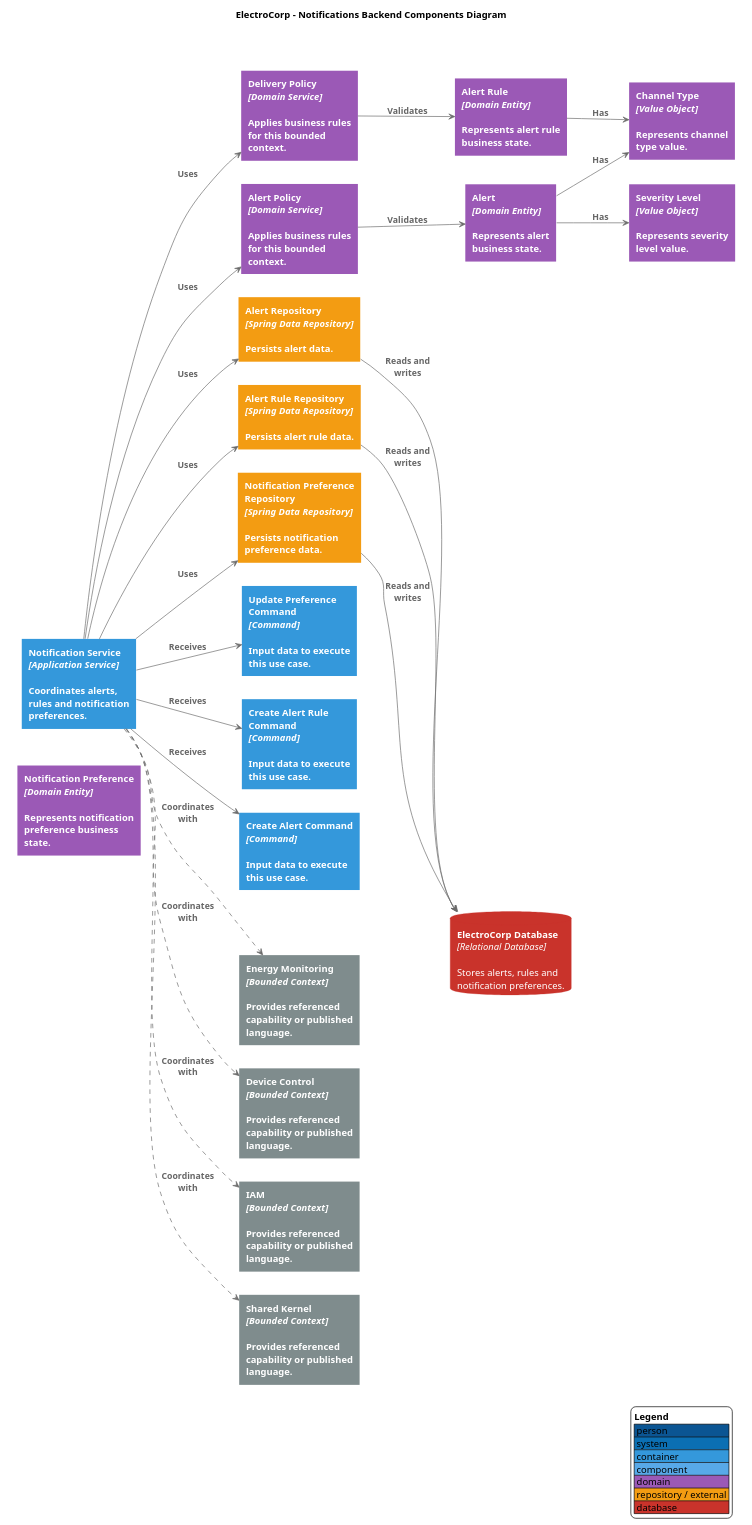
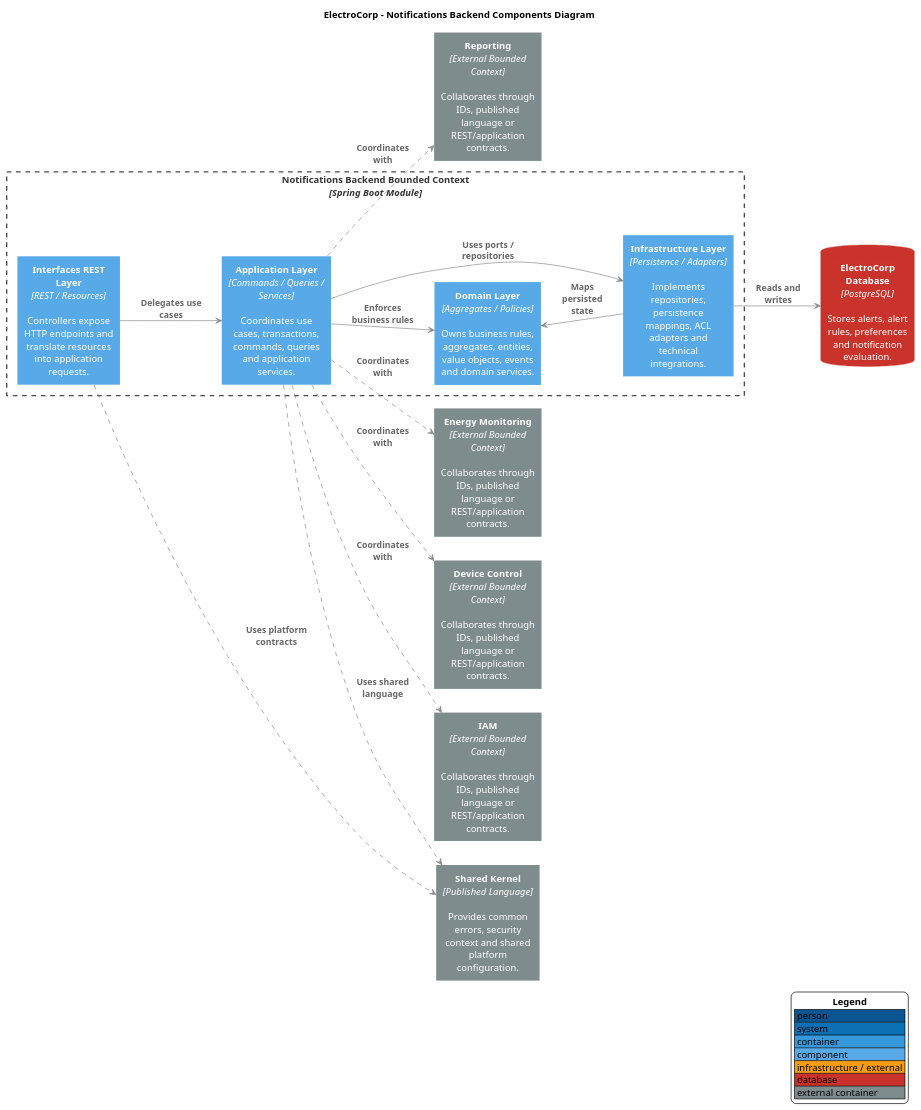
One commit to upc-pre-202610-1asi0729-11896-ecorp/electrocorp-report changed the diagram in docs/diagrams/components/backend/bounded-contexts/notifications-backend-components.puml. Above: the diagram before and after it, drawn with PlantUML. The commit also changed 29 other files, not shown here.

Commit message:
docs(c4): reorganize component diagrams by context and layers

```diff
--- a/docs/diagrams/components/backend/bounded-contexts/notifications-backend-components.puml
+++ b/docs/diagrams/components/backend/bounded-contexts/notifications-backend-components.puml
@@ -1,79 +1,77 @@
 @startuml
 skinparam backgroundColor #FFFFFF
 skinparam shadowing false
 skinparam defaultFontName Arial
-skinparam wrapWidth 170
-skinparam maxMessageSize 90
-skinparam ArrowColor #6B6B6B
+skinparam defaultTextAlignment center
+skinparam wrapWidth 145
+skinparam maxMessageSize 95
+skinparam ArrowColor #8A8A8A
 skinparam ArrowFontColor #666666
 skinparam ArrowFontStyle bold
+skinparam ArrowThickness 1
 skinparam rectangleRoundCorner 0
 skinparam rectangleBorderThickness 0
 skinparam rectangleFontColor #FFFFFF
-skinparam rectangleFontStyle bold
-skinparam packageStyle rectangle
-skinparam packageBorderColor #555555
-skinparam packageBackgroundColor transparent
-skinparam packageFontColor #444444
-skinparam packageFontStyle bold
+skinparam rectangleFontStyle plain
+skinparam rectangle {
+  BorderThickness 0
+}
+skinparam rectangle<<BoundedContext>> {
+  BackgroundColor transparent
+  BorderColor #4A4A4A
+  BorderThickness 2
+  BorderStyle dashed
+  FontColor #333333
+  FontStyle bold
+}
 skinparam databaseBackgroundColor #C9332B
 skinparam databaseBorderColor #C9332B
 skinparam databaseFontColor #FFFFFF
+skinparam databaseFontStyle plain
 hide stereotype
-title ElectroCorp - Notifications Backend Components Diagram
 left to right direction
 
-package "Notifications Backend Bounded Context\n[container]" {
-  rectangle "<b>Notification Service</b>\n<i>[Application Service]</i>\n\nCoordinates alerts, rules and notification preferences." as Service #3498DB
-  rectangle "<b>Create Alert Command</b>\n<i>[Command]</i>\n\nInput data to execute this use case." as C0 #3498DB
-  rectangle "<b>Create Alert Rule Command</b>\n<i>[Command]</i>\n\nInput data to execute this use case." as C1 #3498DB
-  rectangle "<b>Update Preference Command</b>\n<i>[Command]</i>\n\nInput data to execute this use case." as C2 #3498DB
-  rectangle "<b>Alert Policy</b>\n<i>[Domain Service]</i>\n\nApplies business rules for this bounded context." as D0 #9B59B6
-  rectangle "<b>Delivery Policy</b>\n<i>[Domain Service]</i>\n\nApplies business rules for this bounded context." as D1 #9B59B6
-  rectangle "<b>Alert</b>\n<i>[Domain Entity]</i>\n\nRepresents alert business state." as E0 #9B59B6
-  rectangle "<b>Alert Rule</b>\n<i>[Domain Entity]</i>\n\nRepresents alert rule business state." as E1 #9B59B6
-  rectangle "<b>Notification Preference</b>\n<i>[Domain Entity]</i>\n\nRepresents notification preference business state." as E2 #9B59B6
-  rectangle "<b>Severity Level</b>\n<i>[Value Object]</i>\n\nRepresents severity level value." as V0 #9B59B6
-  rectangle "<b>Channel Type</b>\n<i>[Value Object]</i>\n\nRepresents channel type value." as V1 #9B59B6
-  rectangle "<b>Alert Repository</b>\n<i>[Spring Data Repository]</i>\n\nPersists alert data." as R0 #F39C12
-  rectangle "<b>Alert Rule Repository</b>\n<i>[Spring Data Repository]</i>\n\nPersists alert rule data." as R1 #F39C12
-  rectangle "<b>Notification Preference Repository</b>\n<i>[Spring Data Repository]</i>\n\nPersists notification preference data." as R2 #F39C12
+title ElectroCorp - Notifications Backend Components Diagram
+
+rectangle "<b>Notifications Backend Bounded Context</b>\n<i>[Spring Boot Module]</i>" as Boundary <<BoundedContext>> {
+  rectangle "<b>Interfaces REST Layer</b>\n<i>[REST / Resources]</i>\n\nControllers expose HTTP endpoints and translate resources into application requests." as Interfaces #58A9E8
+  rectangle "<b>Application Layer</b>\n<i>[Commands / Queries / Services]</i>\n\nCoordinates use cases, transactions, commands, queries and application services." as Application #58A9E8
+  rectangle "<b>Domain Layer</b>\n<i>[Aggregates / Policies]</i>\n\nOwns business rules, aggregates, entities, value objects, events and domain services." as Domain #58A9E8
+  rectangle "<b>Infrastructure Layer</b>\n<i>[Persistence / Adapters]</i>\n\nImplements repositories, persistence mappings, ACL adapters and technical integrations." as Infrastructure #58A9E8
 }
-database "<b>ElectroCorp Database</b>\n<i>[Relational Database]</i>\n\nStores alerts, rules and notification preferences." as Database
-package "Connected Bounded Contexts\n[external containers]" {
-  rectangle "<b>Energy Monitoring</b>\n<i>[Bounded Context]</i>\n\nProvides referenced capability or published language." as Dep0 #7F8C8D
-  rectangle "<b>Device Control</b>\n<i>[Bounded Context]</i>\n\nProvides referenced capability or published language." as Dep1 #7F8C8D
-  rectangle "<b>IAM</b>\n<i>[Bounded Context]</i>\n\nProvides referenced capability or published language." as Dep2 #7F8C8D
-  rectangle "<b>Shared Kernel</b>\n<i>[Bounded Context]</i>\n\nProvides referenced capability or published language." as Dep3 #7F8C8D
-}
-Service --> C0 : Receives
-Service --> C1 : Receives
-Service --> C2 : Receives
-Service --> D0 : Uses
-Service --> D1 : Uses
-Service --> R0 : Uses
-Service --> R1 : Uses
-Service --> R2 : Uses
-D0 --> E0 : Validates
-D1 --> E1 : Validates
-E0 --> V0 : Has
-E0 --> V1 : Has
-E1 --> V1 : Has
-R0 --> Database : Reads and writes
-R1 --> Database : Reads and writes
-R2 --> Database : Reads and writes
-Service ..> Dep0 : Coordinates with
-Service ..> Dep1 : Coordinates with
-Service ..> Dep2 : Coordinates with
-Service ..> Dep3 : Coordinates with
+
+database "<b>ElectroCorp Database</b>\n<i>[PostgreSQL]</i>\n\nStores alerts, alert rules, preferences and notification evaluation." as Database
+rectangle "<b>Shared Kernel</b>\n<i>[Published Language]</i>\n\nProvides common errors, security context and shared platform configuration." as Shared #7F8C8D
+rectangle "<b>Energy Monitoring</b>\n<i>[External Bounded Context]</i>\n\nCollaborates through IDs, published language or REST/application contracts." as Dep0 #7F8C8D
+rectangle "<b>Device Control</b>\n<i>[External Bounded Context]</i>\n\nCollaborates through IDs, published language or REST/application contracts." as Dep1 #7F8C8D
+rectangle "<b>IAM</b>\n<i>[External Bounded Context]</i>\n\nCollaborates through IDs, published language or REST/application contracts." as Dep2 #7F8C8D
+rectangle "<b>Reporting</b>\n<i>[External Bounded Context]</i>\n\nCollaborates through IDs, published language or REST/application contracts." as Dep3 #7F8C8D
+
+Interfaces --> Application : Delegates use cases
+Application --> Domain : Enforces business rules
+Application --> Infrastructure : Uses ports / repositories
+Infrastructure --> Domain : Maps persisted state
+Infrastructure --> Database : Reads and writes
+Interfaces ..> Shared : Uses platform contracts
+Application ..> Shared : Uses shared language
+Application ..> Dep0 : Coordinates with
+Application ..> Dep1 : Coordinates with
+Application ..> Dep2 : Coordinates with
+Application ..> Dep3 : Coordinates with
+
+Interfaces -[hidden]right- Application
+Application -[hidden]right- Domain
+Domain -[hidden]right- Infrastructure
+
 legend right
   <b>Legend</b>
   |<#0B5593> person |
   |<#0B6FB3> system |
   |<#3498DB> container |
   |<#58A9E8> component |
-  |<#9B59B6> domain |
-  |<#F39C12> repository / external |
+  |<#F39C12> infrastructure / external |
   |<#C9332B> database |
+  |<#7F8C8D> external container |
 endlegend
+
 @enduml
```
